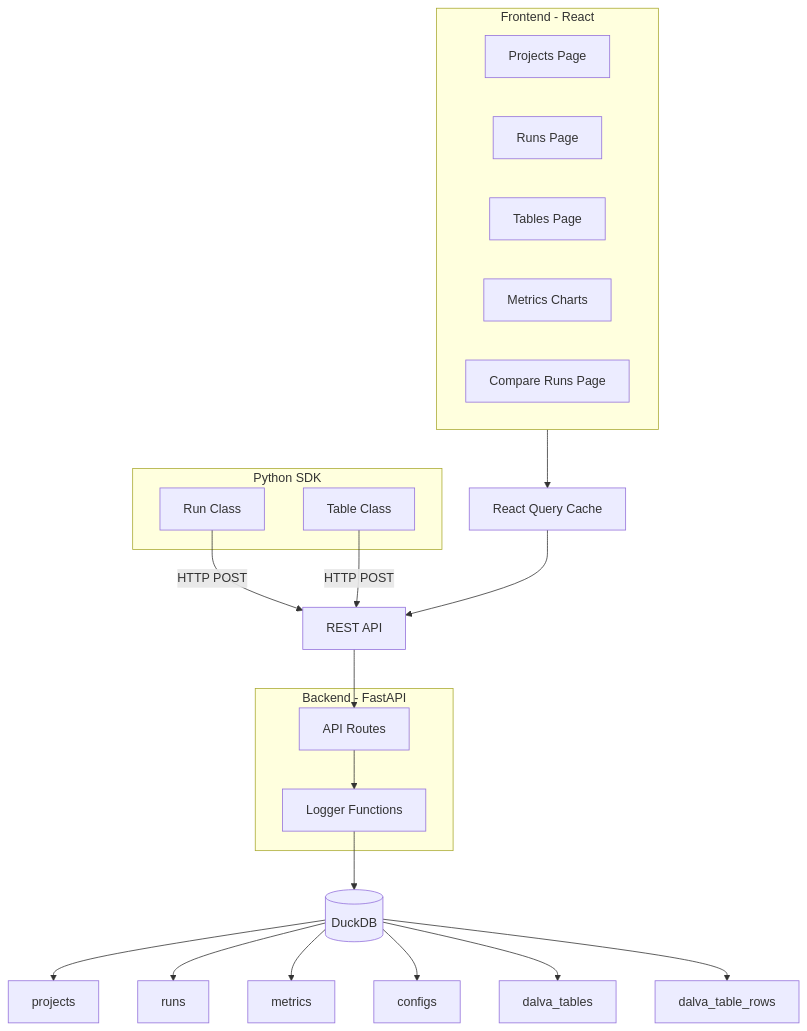
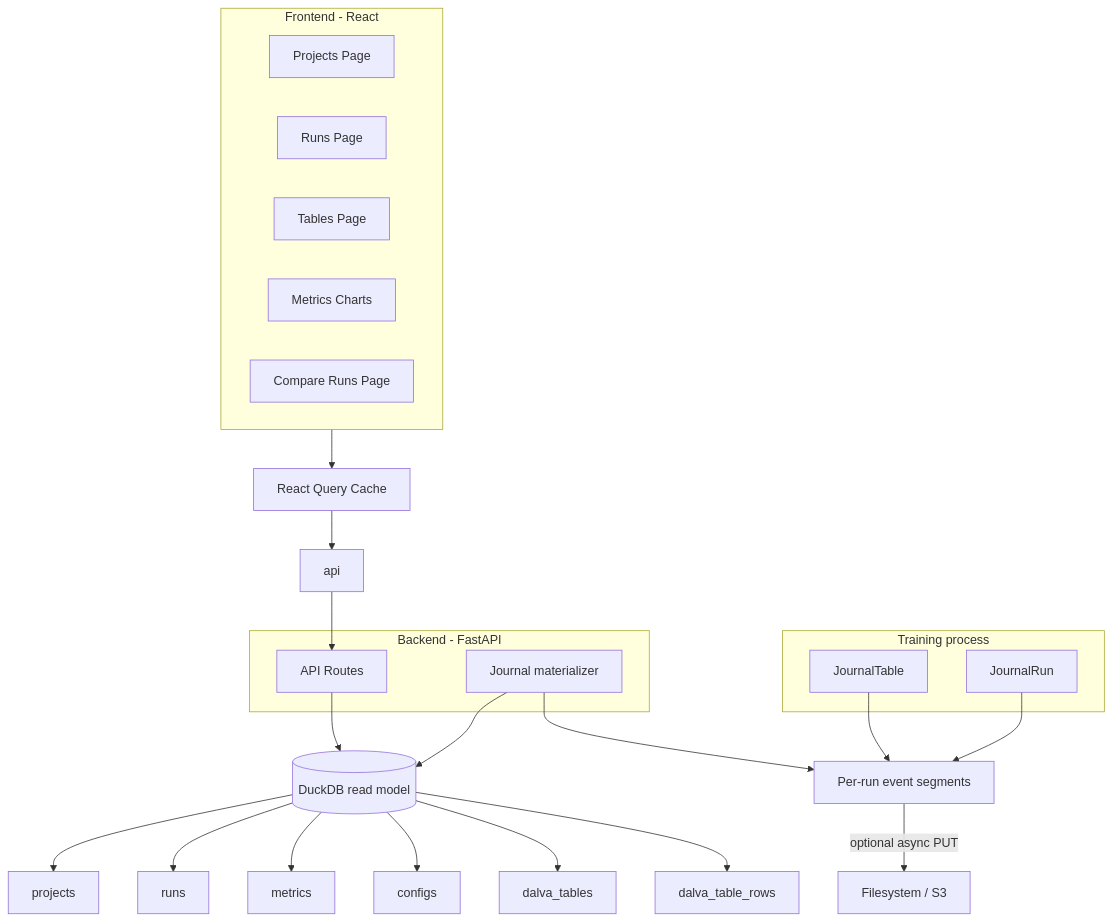
Before and after one commit to tuliosouza99/Dalva: the first of 4 diagrams in docs/architecture.md, drawn with Mermaid. The commit also changed other lines of this file and 27 other files, not shown here.

````diff
--- a/docs/architecture.md
+++ b/docs/architecture.md
@@ -13,31 +15,33 @@
 ```mermaid
 graph TB
-subgraph SDK["Python SDK"]
-    sdk_run[Run Class]
-    sdk_table[Table Class]
+subgraph SDK["Training process"]
+    sdk_run["JournalRun"]
+    sdk_table["JournalTable"]
 end
-sdk_run -->|HTTP POST| api[REST API]
-sdk_table -->|HTTP POST| api
+sdk_run --> journal["Per-run event segments"]
+sdk_table --> journal
+journal -->|"optional async PUT"| objects["Filesystem / S3"]
 subgraph FE["Frontend - React"]
     fe_proj[Projects Page]
     fe_runs[Runs Page]
     fe_tables[Tables Page]
     fe_metrics[Metrics Charts]
     fe_compare[Compare Runs Page]
 end
 FE --> rq[React Query Cache]
 rq --> api
 subgraph BE["Backend - FastAPI"]
+    importer["Journal materializer"]
     routes[API Routes]
-    logger[Logger Functions]
 end
+importer --> journal
 api --> routes
-routes --> logger
-logger --> db[(DuckDB)]
+importer --> db[(DuckDB read model)]
+routes --> db
 db --> tbl_projects[projects]
 db --> tbl_runs[runs]
 db --> tbl_metrics[metrics]
 db --> tbl_configs[configs]
 db --> tbl_dalva_tables[dalva_tables]
 db --> tbl_dalva_rows[dalva_table_rows]
 ```
````
